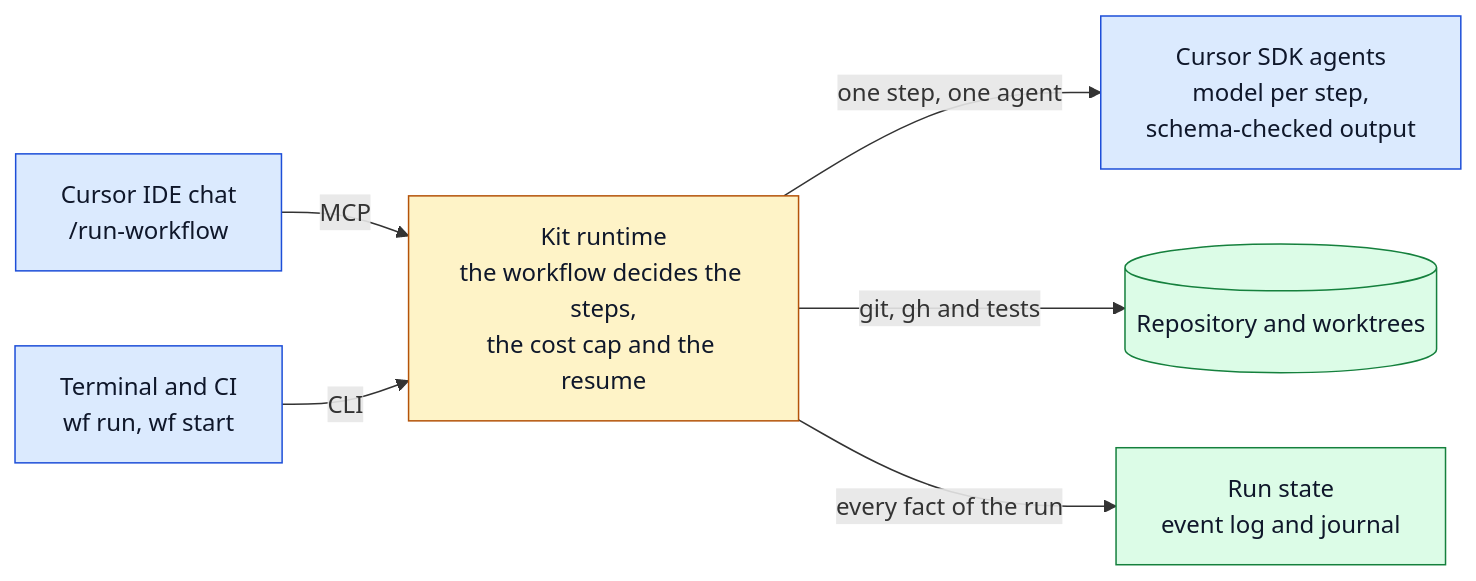
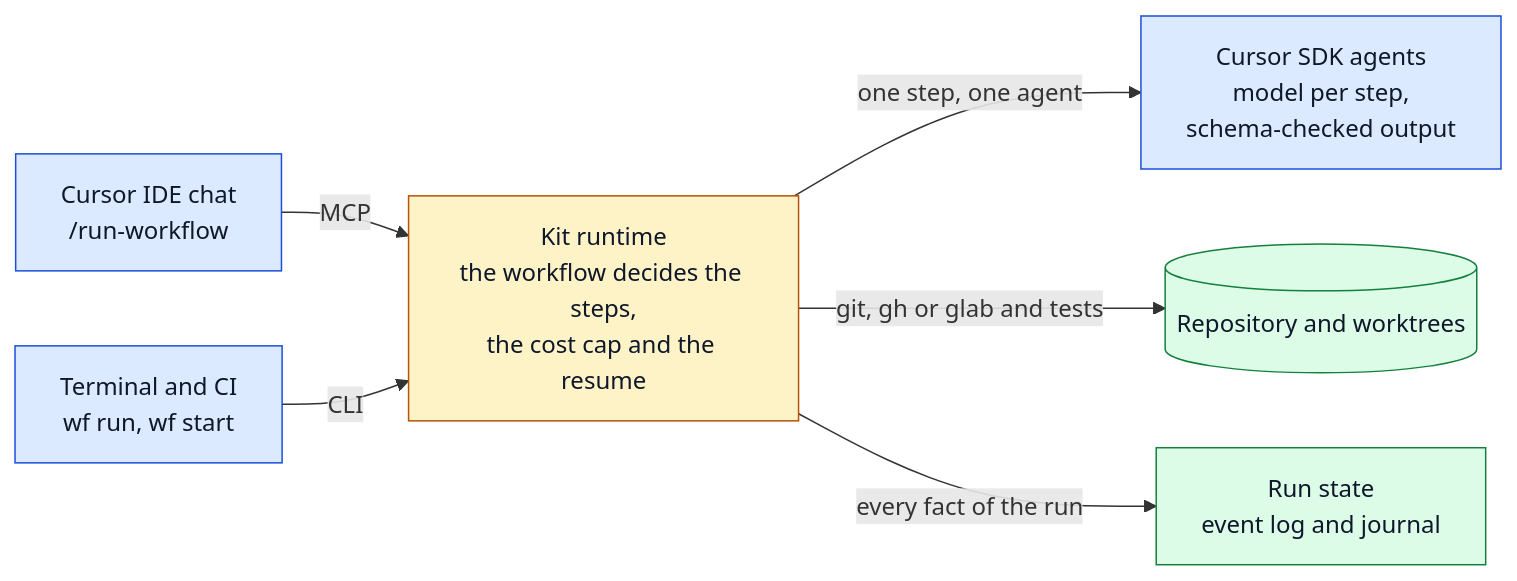
One commit to rodrigorjsf/cursor-workflows-starter changed the diagram in README.en.md. Above: the diagram before and after it, drawn with Mermaid. The commit also changed other lines of this file and 24 other files, not shown here.

````diff
--- a/README.en.md
+++ b/README.en.md
@@ -25,11 +25,11 @@
 ```mermaid
 flowchart LR
   CHAT["Cursor IDE chat<br/>/run-workflow"]:::etapa -->|MCP| RT
   TERM["Terminal and CI<br/>wf run, wf start"]:::etapa -->|CLI| RT
   RT["Kit runtime<br/>the workflow decides the steps,<br/>the cost cap and the resume"]:::kit -->|"one step, one agent"| AG["Cursor SDK agents<br/>model per step,<br/>schema-checked output"]:::etapa
-  RT -->|"git, gh and tests"| REPO[("Repository and worktrees")]:::saida
+  RT -->|"git, gh or glab and tests"| REPO[("Repository and worktrees")]:::saida
   RT -->|"every fact of the run"| LOG["Run state<br/>event log and journal"]:::saida
   classDef kit fill:#fef3c7,stroke:#b45309,color:#0f172a
   classDef etapa fill:#dbeafe,stroke:#1d4ed8,color:#0f172a
   classDef saida fill:#dcfce7,stroke:#15803d,color:#0f172a
 ```
````
